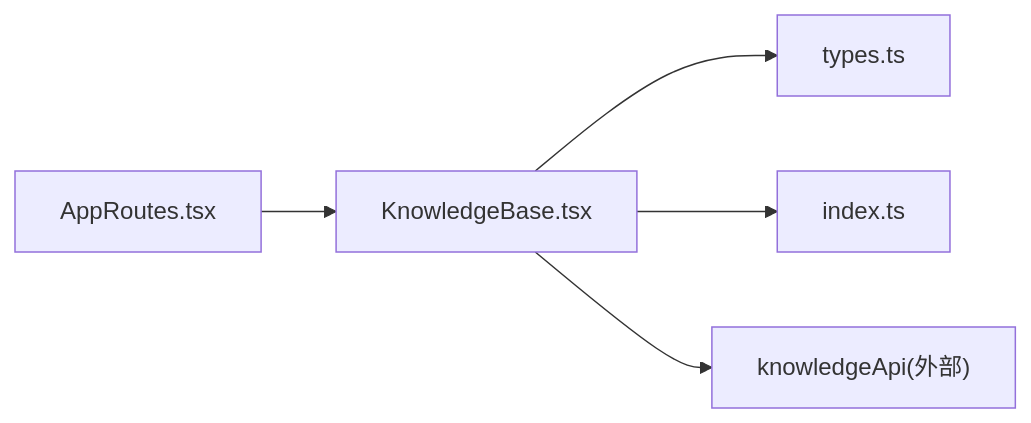
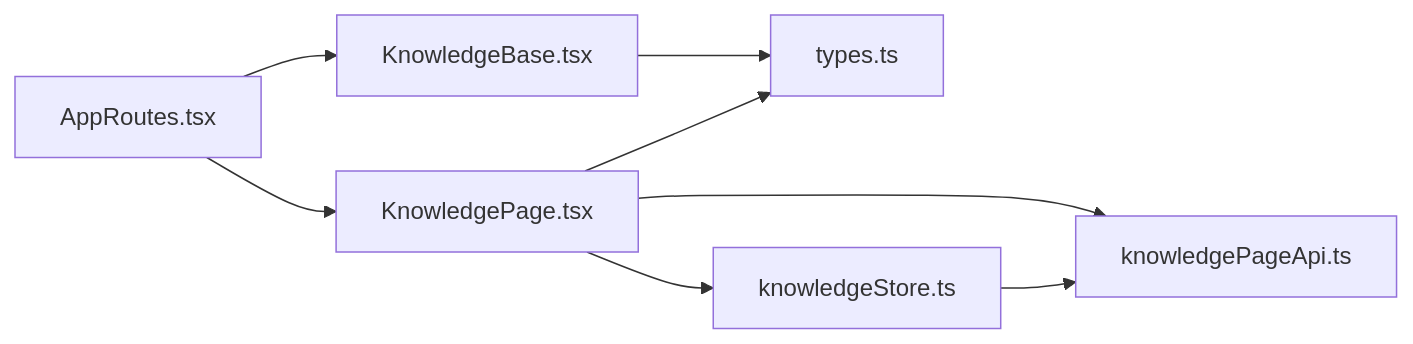
The fifth of 5 diagrams in .qoder/repowiki/zh/content/前端架构/业务模块前端实现/Knowledge模块.md (inier/ontology-graphiti), drawn with Mermaid before and after one commit. The commit also changed other lines of this file and 64 other files, not shown here.

````diff
--- a/.qoder/repowiki/zh/content/前端架构/业务模块前端实现/Knowledge模块.md
+++ b/.qoder/repowiki/zh/content/前端架构/业务模块前端实现/Knowledge模块.md
@@ -243,7 +276,10 @@
 ```mermaid
 graph LR
 Routes["AppRoutes.tsx"] --> KB["KnowledgeBase.tsx"]
+Routes --> KP["KnowledgePage.tsx"]
 KB --> Types["types.ts"]
-KB --> Index["index.ts"]
-KB --> Api["knowledgeApi(外部)"]
+KP --> Store["knowledgeStore.ts"]
+KP --> API["knowledgePageApi.ts"]
+KP --> Types
+Store --> API
 ```
````
